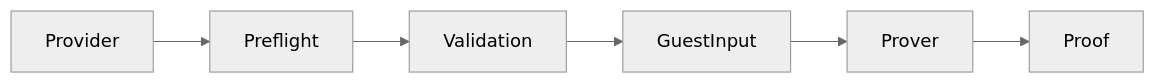
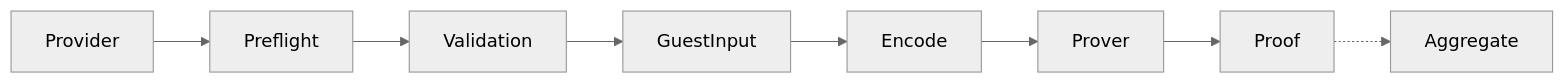
Before and after one commit to taikoxyz/raiko2: the first of 4 diagrams in README.md, drawn with Mermaid (neutral theme). The commit also changed other lines of this file and 1 other file, not shown here.

````diff
--- a/README.md
+++ b/README.md
@@ -48,8 +52,10 @@
 ```mermaid
 flowchart LR
   P["Provider"] --> PF["Preflight"]
   PF --> VA["Validation"]
   VA --> GI["GuestInput"]
-  GI --> PR["Prover"]
+  GI --> EN["Encode"]
+  EN --> PR["Prover"]
   PR --> PO["Proof"]
+  PO -.-> AG["Aggregate"]
 ```
````
